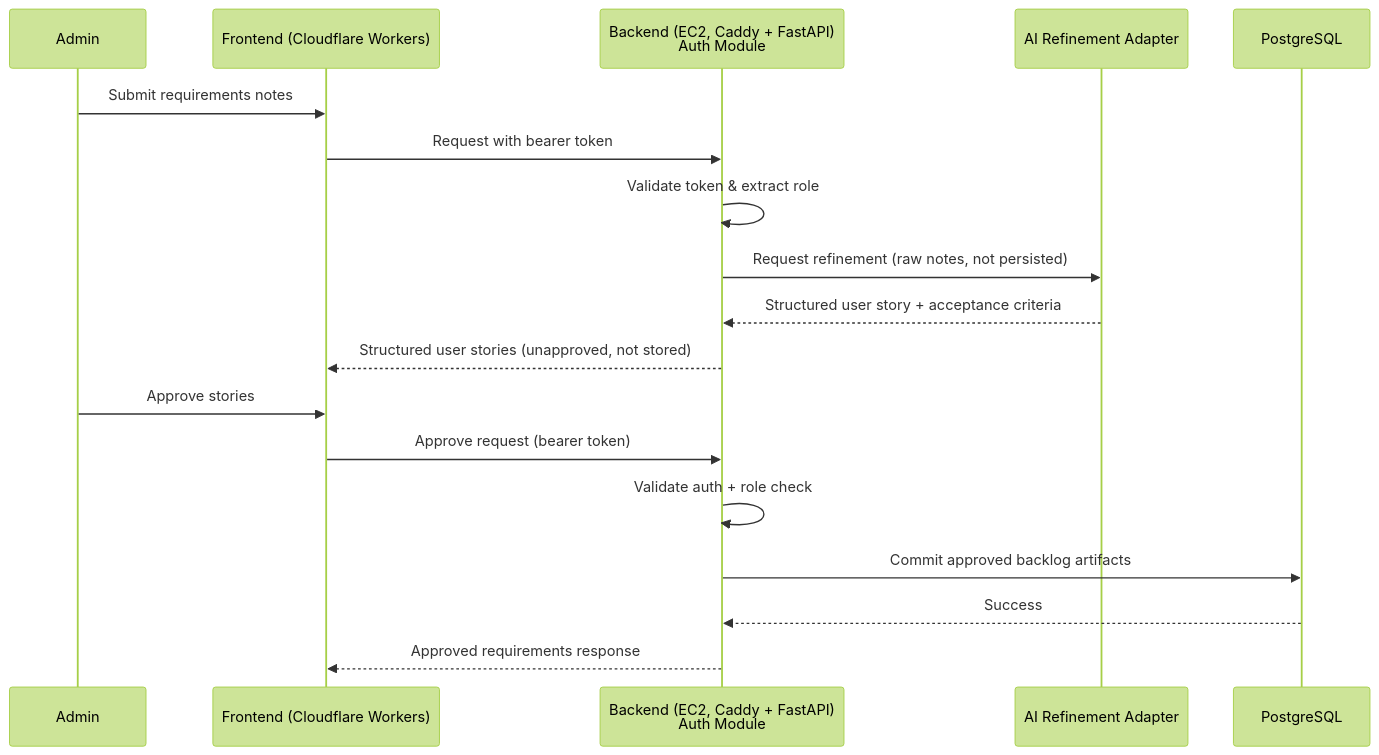
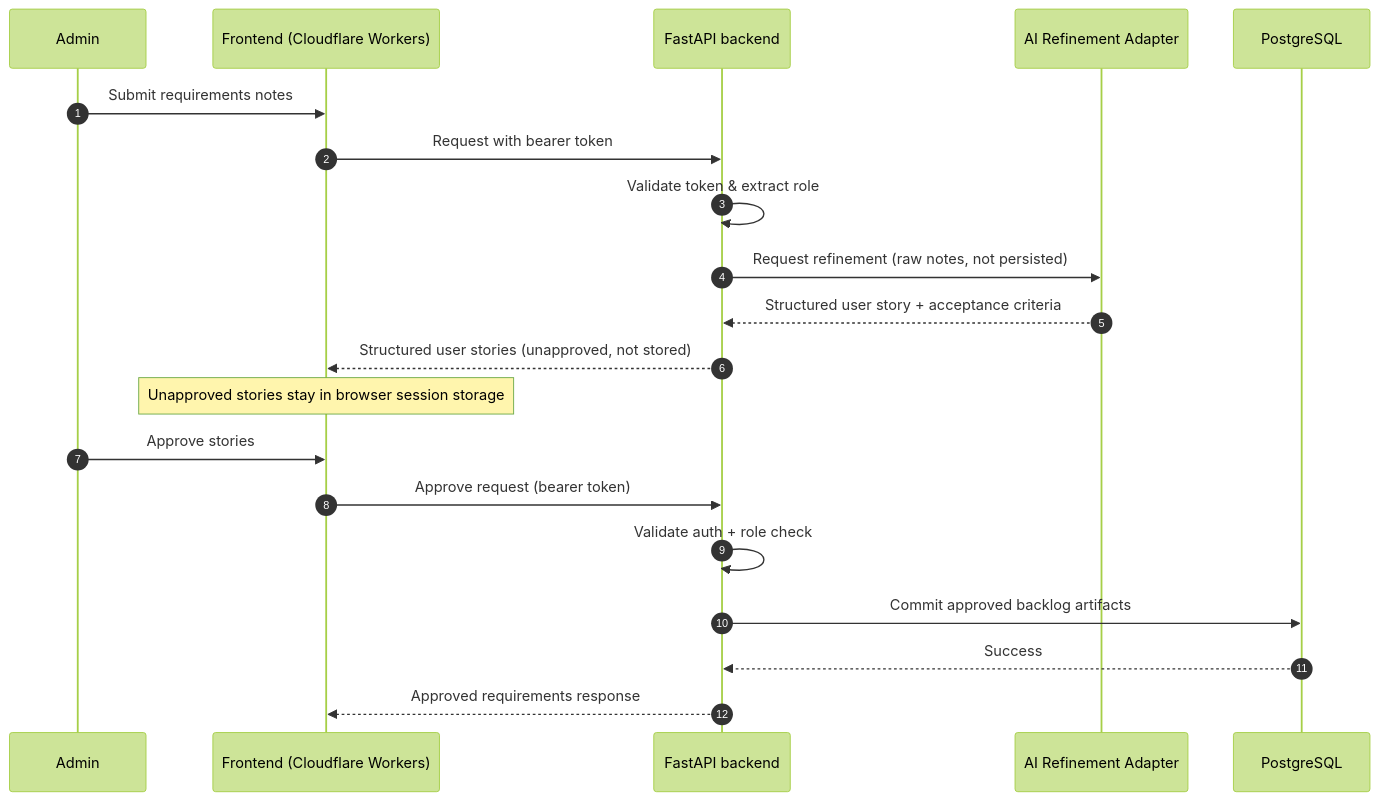
Before and after one commit to alonsovndev/open-projects-hub-docs: the second of 2 diagrams in docs/03-architecture/core/architecture-solution-design.md, drawn with Mermaid (forest theme). The commit also changed other lines of this file and 63 other files, not shown here.

````diff
--- a/docs/03-architecture/core/architecture-solution-design.md
+++ b/docs/03-architecture/core/architecture-solution-design.md
@@ -81,21 +68,23 @@
 ```mermaid
 sequenceDiagram
+    autonumber
     participant User as Admin
     participant FE as Frontend (Cloudflare Workers)
-    participant BE as Backend (EC2, Caddy + FastAPI)<br/>Auth Module
+    participant BE as FastAPI backend
     participant AI as AI Refinement Adapter
     participant DB as PostgreSQL
 
     User->>FE: Submit requirements notes
     FE->>BE: Request with bearer token
     BE->>BE: Validate token & extract role
     BE->>AI: Request refinement (raw notes, not persisted)
     AI-->>BE: Structured user story + acceptance criteria
     BE-->>FE: Structured user stories (unapproved, not stored)
+    Note over FE: Unapproved stories stay in browser session storage
     User->>FE: Approve stories
     FE->>BE: Approve request (bearer token)
     BE->>BE: Validate auth + role check
     BE->>DB: Commit approved backlog artifacts
     DB-->>BE: Success
     BE-->>FE: Approved requirements response
 ```
````
